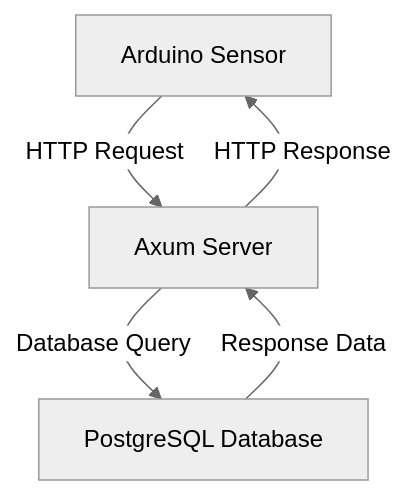
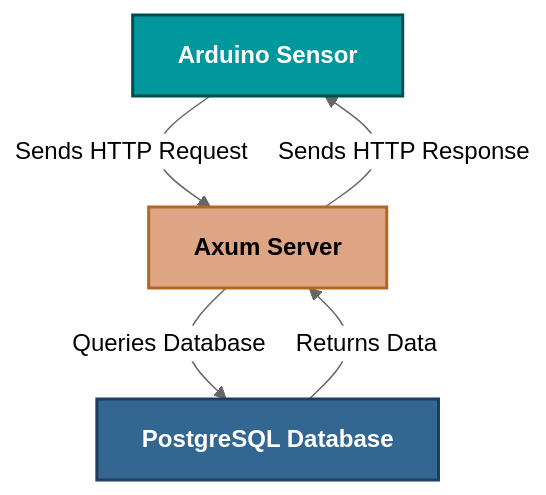
One commit to Maxime-Cllt/SpeedStream changed the diagram in README.md. Above: the diagram before and after it, drawn with Mermaid (neutral theme). The commit also changed other lines of this file, not shown here.

````diff
--- a/README.md
+++ b/README.md
@@ -80,8 +80,22 @@
 ```mermaid
 graph TD
-;
-    A[Arduino Sensor] -->|HTTP Request| B[Axum Server];
-    B -->|Database Query| C[PostgreSQL Database];
-    C -->|Response Data| B;
-    B -->|HTTP Response| A;
+%% Nodes
+  A[Arduino Sensor]
+  B[Axum Server]
+  C[PostgreSQL Database]
+
+%% Edges
+  A -->|Sends HTTP Request| B
+  B -->|Queries Database| C
+  C -->|Returns Data| B
+  B -->|Sends HTTP Response| A
+
+%% Styles
+  classDef arduino fill:#00979D,stroke:#004d4d,stroke-width:2px,color:#fff,font-weight:bold;
+  classDef axum fill:#dea584,stroke:#b36723,stroke-width:2px,color:#000,font-weight:bold;
+  classDef postgres fill:#336791,stroke:#1f3d5d,stroke-width:2px,color:#fff,font-weight:bold;
+
+  class A arduino;
+  class B axum;
+  class C postgres;
 ```
````
